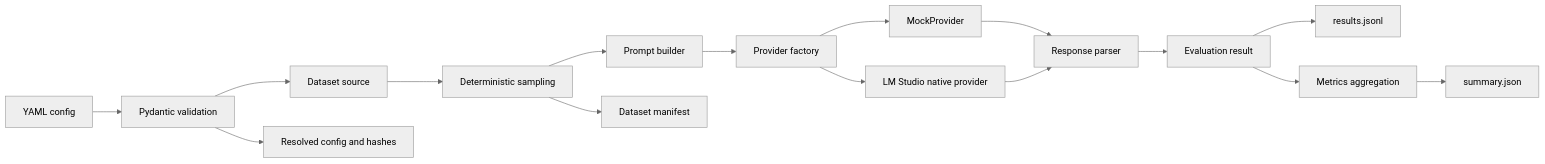
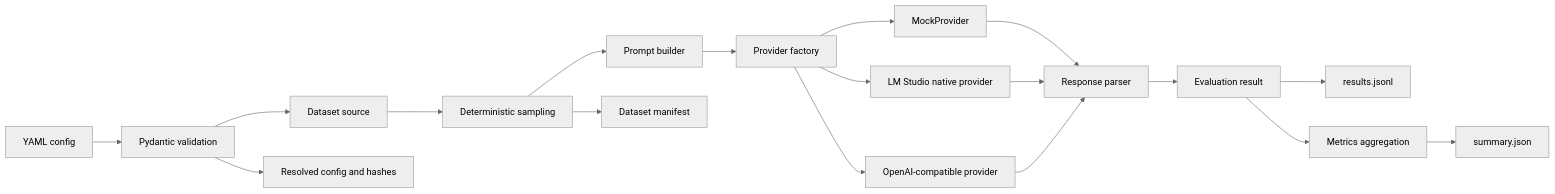
One commit to ataozalpp/llm-benchmark changed the diagram in README.md. Above: the diagram before and after it, drawn with Mermaid (neutral theme). The commit also changed other lines of this file and 9 other files, not shown here.

Commit message:
adding openai-compatible provider

````diff
--- a/README.md
+++ b/README.md
@@ -63,18 +66,20 @@
 ```mermaid
 flowchart LR
     A[YAML config] --> B[Pydantic validation]
     B --> C[Dataset source]
     C --> D[Deterministic sampling]
     D --> E[Prompt builder]
     E --> F[Provider factory]
     F --> N[MockProvider]
     F --> O[LM Studio native provider]
+    F --> P[OpenAI-compatible provider]
     N --> G[Response parser]
     O --> G
+    P --> G
     G --> H[Evaluation result]
     H --> I[results.jsonl]
     H --> J[Metrics aggregation]
     J --> K[summary.json]
     B --> L[Resolved config and hashes]
     D --> M[Dataset manifest]
 ```
````
